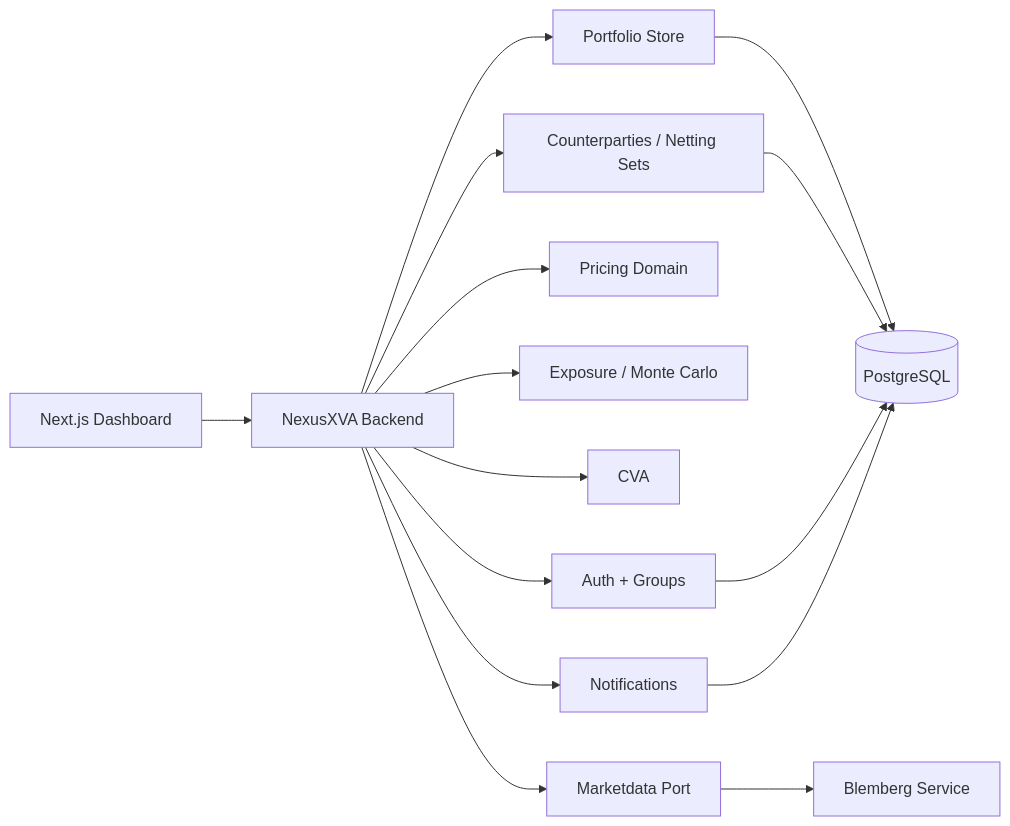
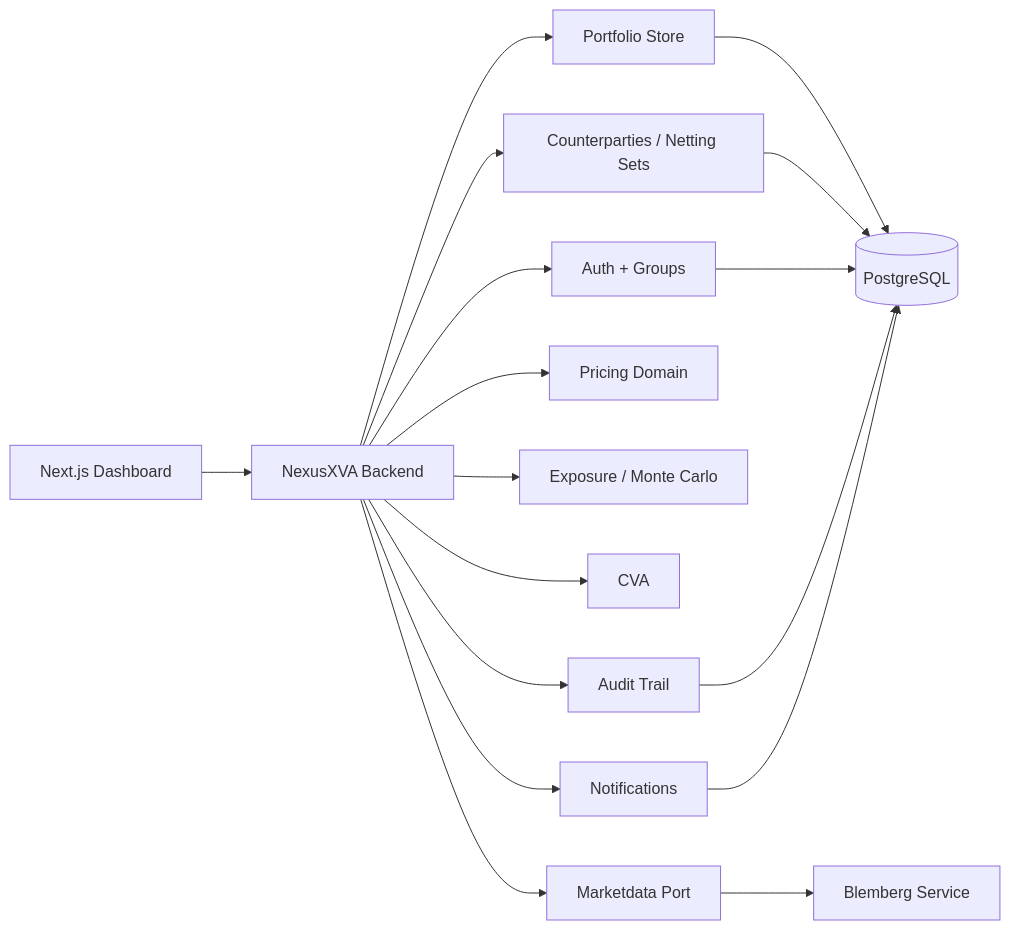
One commit to mselaive/NexusXVA changed the first of 2 diagrams in README.md. Above: the diagram before and after it, drawn with Mermaid. The commit also changed other lines of this file and 110 other files, not shown here.

````diff
--- a/README.md
+++ b/README.md
@@ -41,17 +44,19 @@
 ```mermaid
 flowchart LR
     UI[Next.js Dashboard] --> API[NexusXVA Backend]
     API --> Auth[Auth + Groups]
+    API --> Audit[Audit Trail]
     API --> Portfolio[Portfolio Store]
     API --> Pricing[Pricing Domain]
     API --> Exposure[Exposure / Monte Carlo]
     API --> CVA[CVA]
     API --> XVA[Counterparties / Netting Sets]
     API --> MarketData[Marketdata Port]
     MarketData --> Blemberg[Blemberg Service]
     Portfolio --> DB[(PostgreSQL)]
     XVA --> DB
     Auth --> DB
+    Audit --> DB
     API --> Notifications[Notifications]
     Notifications --> DB
 ```
````
